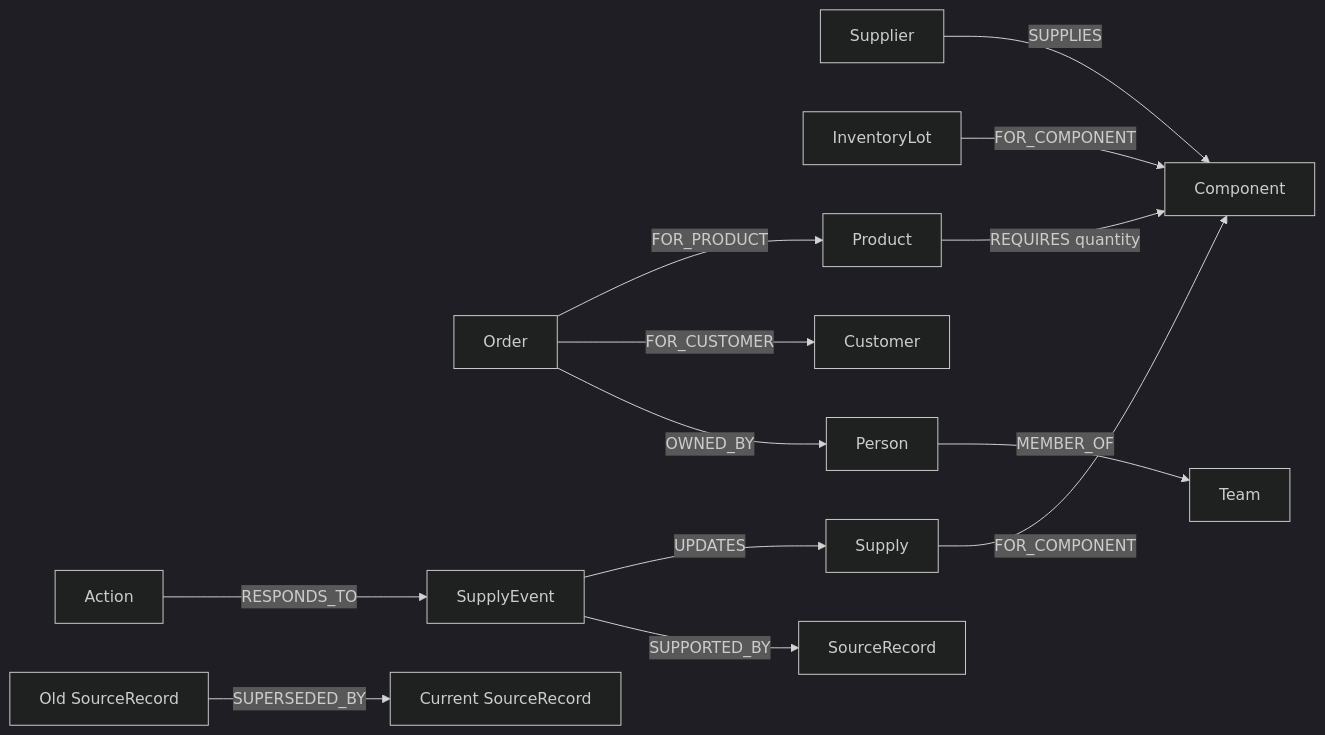
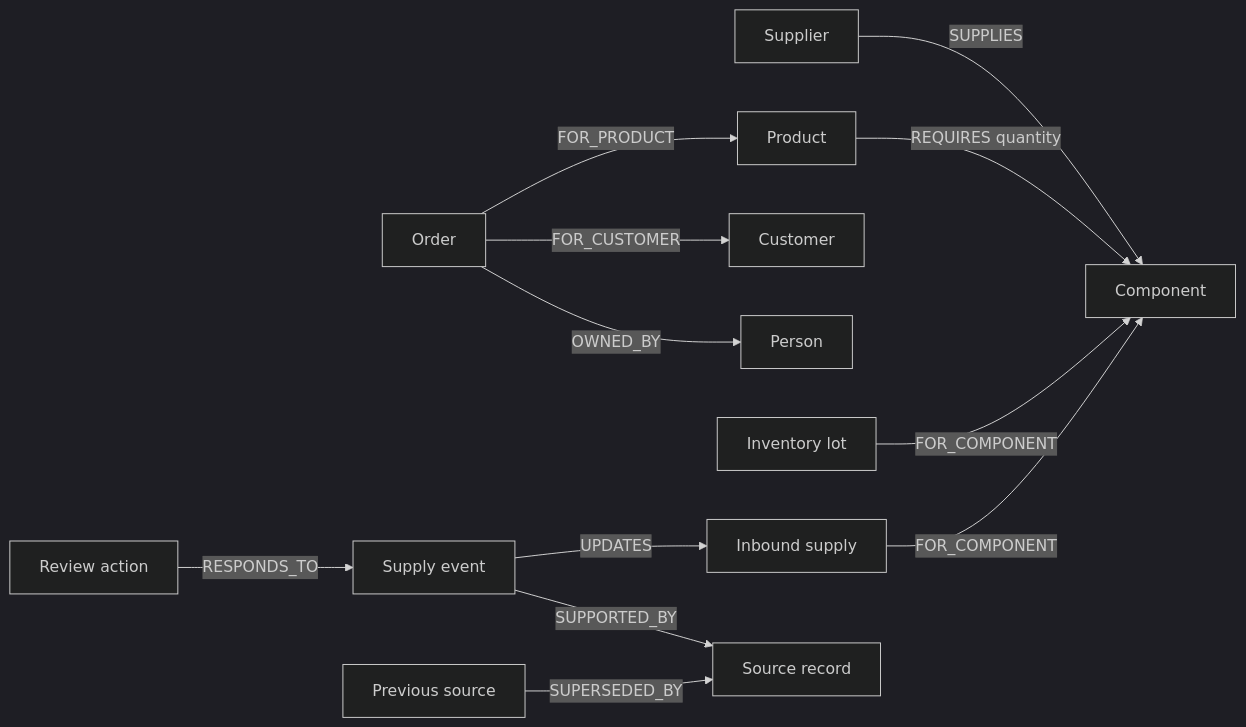
The diagram in README.md (Kartik2004sharma/OpsRelay), drawn with Mermaid (dark theme) before and after one commit. The commit also changed other lines of this file and 3 other files, not shown here.

````diff
--- a/README.md
+++ b/README.md
@@ -51,15 +77,14 @@
 ```mermaid
 flowchart LR
-  S[Supplier] -->|SUPPLIES| C[Component]
-  L[InventoryLot] -->|FOR_COMPONENT| C
-  D[Supply] -->|FOR_COMPONENT| C
-  P[Product] -->|REQUIRES quantity| C
-  O[Order] -->|FOR_PRODUCT| P
-  O -->|FOR_CUSTOMER| U[Customer]
-  O -->|OWNED_BY| H[Person]
-  H -->|MEMBER_OF| T[Team]
-  E[SupplyEvent] -->|UPDATES| D
-  E -->|SUPPORTED_BY| R[SourceRecord]
-  A[Action] -->|RESPONDS_TO| E
-  R2[Old SourceRecord] -->|SUPERSEDED_BY| R3[Current SourceRecord]
+    S[Supplier] -->|SUPPLIES| C[Component]
+    P[Product] -->|REQUIRES quantity| C
+    O[Order] -->|FOR_PRODUCT| P
+    O -->|FOR_CUSTOMER| U[Customer]
+    O -->|OWNED_BY| H[Person]
+    I[Inventory lot] -->|FOR_COMPONENT| C
+    D[Inbound supply] -->|FOR_COMPONENT| C
+    E[Supply event] -->|UPDATES| D
+    E -->|SUPPORTED_BY| R[Source record]
+    A[Review action] -->|RESPONDS_TO| E
+    R0[Previous source] -->|SUPERSEDED_BY| R
 ```
````
